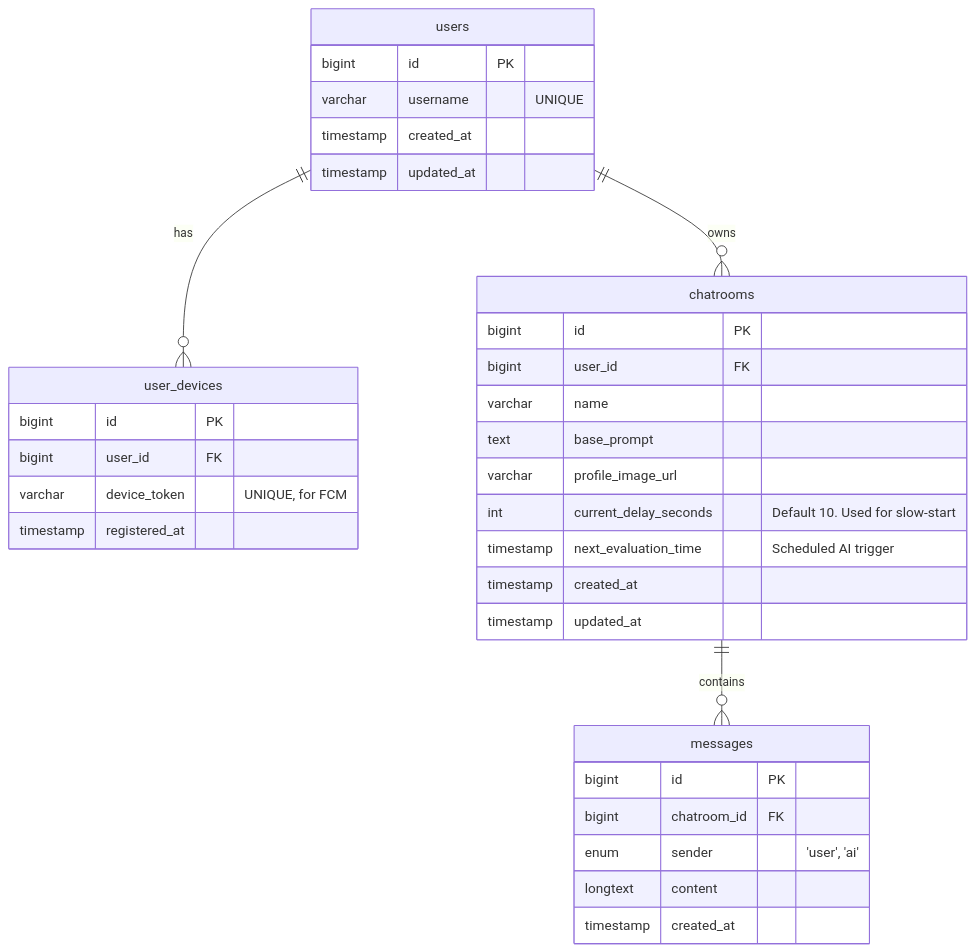
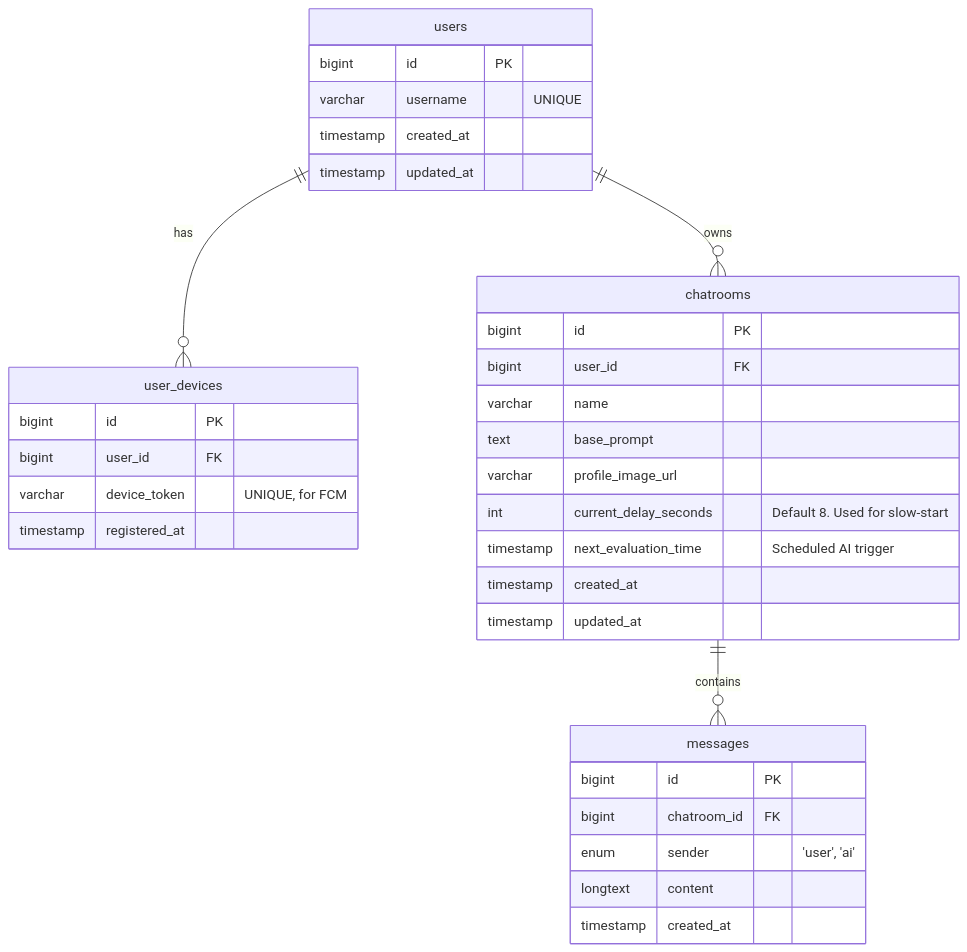
Before and after one commit to wndgur2/chatty-backend: the diagram in contexts/SCHEMA.md, drawn with Mermaid. The commit also changed other lines of this file and 25 other files, not shown here.

````diff
--- a/contexts/SCHEMA.md
+++ b/contexts/SCHEMA.md
@@ -7,40 +7,40 @@
 ```mermaid
 erDiagram
     users ||--o{ user_devices : "has"
     users ||--o{ chatrooms : "owns"
     chatrooms ||--o{ messages : "contains"
 
     users {
         bigint id PK
         varchar username "UNIQUE"
         timestamp created_at
         timestamp updated_at
     }
 
     user_devices {
         bigint id PK
         bigint user_id FK
         varchar device_token "UNIQUE, for FCM"
         timestamp registered_at
     }
 
     chatrooms {
         bigint id PK
         bigint user_id FK
         varchar name
         text base_prompt
         varchar profile_image_url
-        int current_delay_seconds "Default 10. Used for slow-start"
+        int current_delay_seconds "Default 8. Used for slow-start"
         timestamp next_evaluation_time "Scheduled AI trigger"
         timestamp created_at
         timestamp updated_at
     }
 
     messages {
         bigint id PK
         bigint chatroom_id FK
         enum sender "'user', 'ai'"
         longtext content
         timestamp created_at
     }
 ```
````
